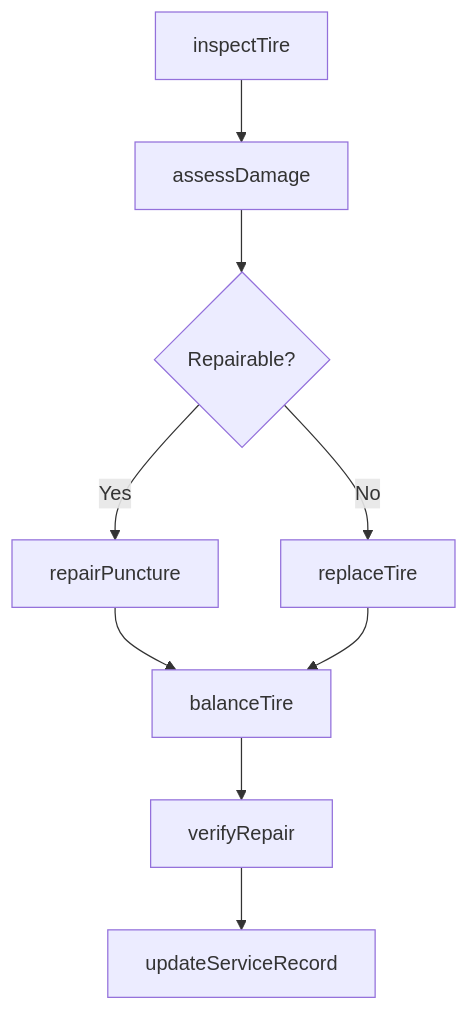
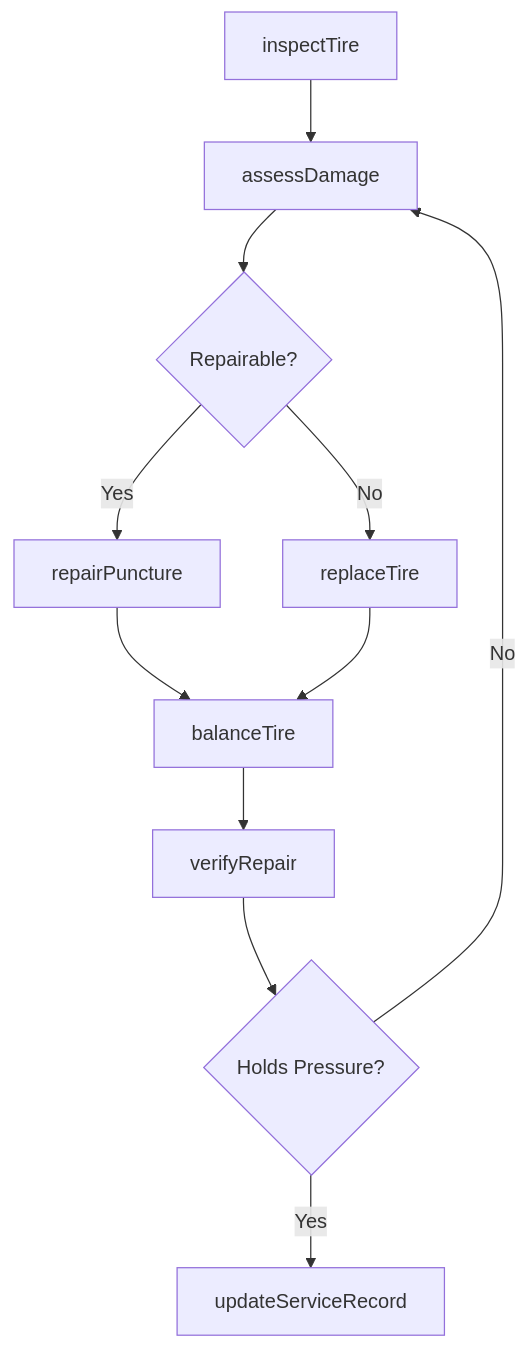
The third of 4 diagrams in RepairingAndMaintainingMechanicalEquipment/RepairVehicleComponents/RepairTires.mdx (dot-org-ai/tasks.org.ai), drawn with Mermaid before and after one commit. The commit also changed other lines of this file and 266 other files, not shown here.

First line of the commit message:
feat: Add ER diagrams, state diagrams to wave 2 batch (251 DWA files)

````diff
--- a/RepairingAndMaintainingMechanicalEquipment/RepairVehicleComponents/RepairTires.mdx
+++ b/RepairingAndMaintainingMechanicalEquipment/RepairVehicleComponents/RepairTires.mdx
@@ -86,11 +115,13 @@
 ```mermaid
 graph TD
     A[inspectTire] --> B[assessDamage]
     B --> C{Repairable?}
     C -->|Yes| D[repairPuncture]
     C -->|No| E[replaceTire]
     D --> F[balanceTire]
     E --> F
     F --> G[verifyRepair]
-    G --> H[updateServiceRecord]
+    G --> H{Holds Pressure?}
+    H -->|Yes| I[updateServiceRecord]
+    H -->|No| B
 ```
````
